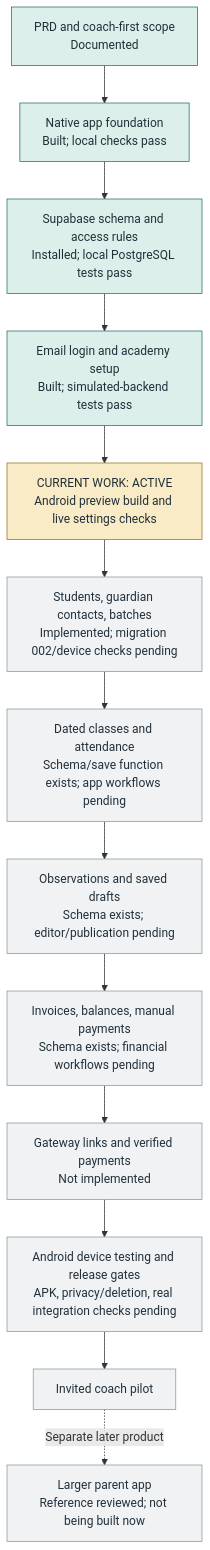
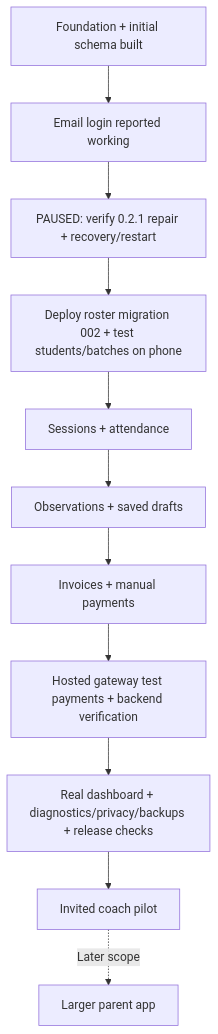
The diagram in PROGRESS.md (appsworld2027/Parent-plus-), drawn with Mermaid before and after one commit. The commit also changed other lines of this file and 4 other files, not shown here.

Commit message:
Pause development and reconcile module progress with verified APK results

````diff
--- a/PROGRESS.md
+++ b/PROGRESS.md
@@ -18,21 +31,13 @@
 ```mermaid
 flowchart TD
-    A["PRD and coach-first scope<br/>Documented"] --> B["Native app foundation<br/>Built; local checks pass"]
-    B --> C["Supabase schema and access rules<br/>Installed; local PostgreSQL tests pass"]
-    C --> D["Email login and academy setup<br/>Built; simulated-backend tests pass"]
-    D --> E["CURRENT WORK: ACTIVE<br/>Android preview build and live settings checks"]
-    E --> F["Students, guardian contacts, batches<br/>Implemented; migration 002/device checks pending"]
-    F --> G["Dated classes and attendance<br/>Schema/save function exists; app workflows pending"]
-    G --> H["Observations and saved drafts<br/>Schema exists; editor/publication pending"]
-    H --> I["Invoices, balances, manual payments<br/>Schema exists; financial workflows pending"]
-    I --> J["Gateway links and verified payments<br/>Not implemented"]
-    J --> K["Android device testing and release gates<br/>APK, privacy/deletion, real integration checks pending"]
-    K --> L["Invited coach pilot"]
-    L -. "Separate later product" .-> M["Larger parent app<br/>Reference reviewed; not being built now"]
-    classDef implemented fill:#dcefea,stroke:#1f6f6b,color:#22303a;
-    classDef checkpoint fill:#f8ebc6,stroke:#9b741e,color:#22303a;
-    classDef pending fill:#f0f2f4,stroke:#8a979d,color:#22303a;
-    class A,B,C,D implemented;
-    class E checkpoint;
-    class F,G,H,I,J,K,L,M pending;
+  A["Foundation + initial schema built"] --> B["Email login reported working"]
+  B --> C["PAUSED: verify 0.2.1 repair + recovery/restart"]
+  C --> D["Deploy roster migration 002 + test students/batches on phone"]
+  D --> E["Sessions + attendance"]
+  E --> F["Observations + saved drafts"]
+  F --> G["Invoices + manual payments"]
+  G --> H["Hosted gateway test payments + backend verification"]
+  H --> I["Real dashboard + diagnostics/privacy/backups + release checks"]
+  I --> J["Invited coach pilot"]
+  J -. "Later scope" .-> K["Larger parent app"]
 ```
````
